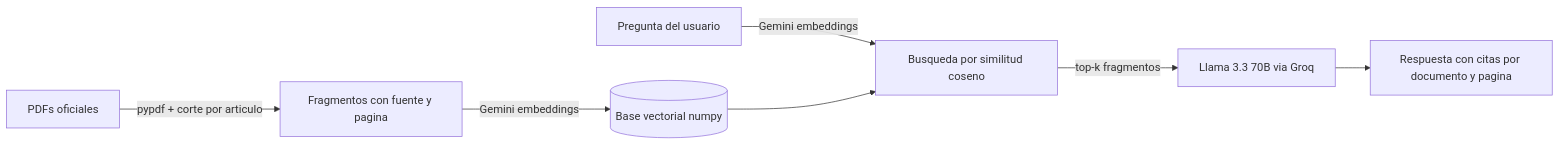
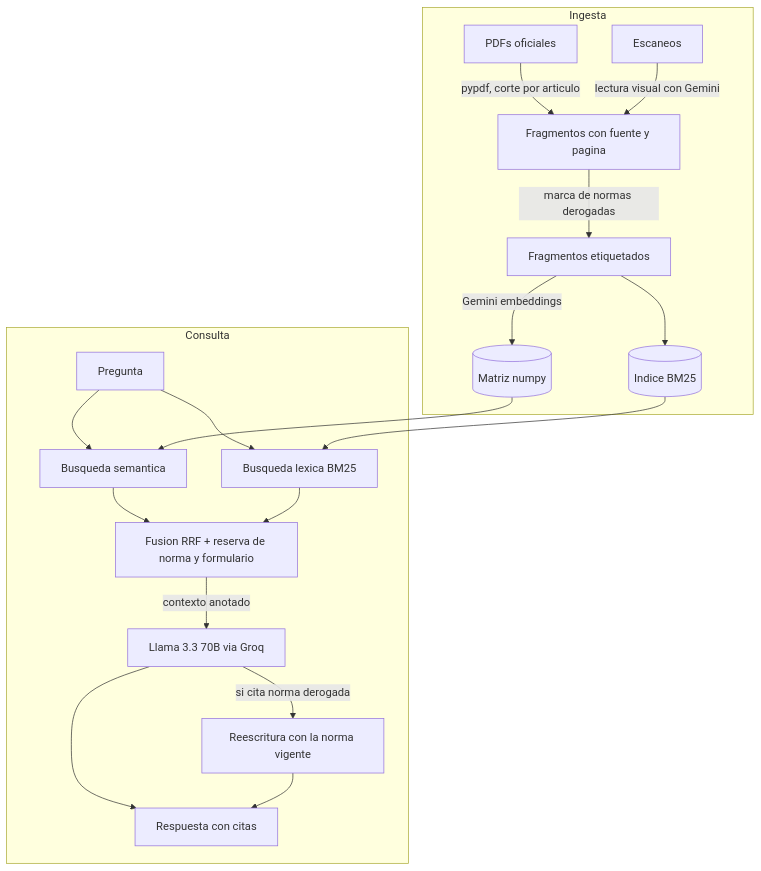
Before and after one commit to josesubiabre/oguc-rag: the diagram in README.md, drawn with Mermaid. The commit also changed other lines of this file and 4 other files, not shown here.

````diff
--- a/README.md
+++ b/README.md
@@ -23,9 +29,22 @@
 ```mermaid
-flowchart LR
-    A[PDFs oficiales] -->|pypdf + corte por articulo| B[Fragmentos con fuente y pagina]
-    B -->|Gemini embeddings| C[(Base vectorial numpy)]
-    Q[Pregunta del usuario] -->|Gemini embeddings| D[Busqueda por similitud coseno]
-    C --> D
-    D -->|top-k fragmentos| E[Llama 3.3 70B via Groq]
-    E --> R[Respuesta con citas por documento y pagina]
+flowchart TB
+    subgraph Ingesta
+        A[PDFs oficiales] -->|pypdf, corte por articulo| B[Fragmentos con fuente y pagina]
+        A2[Escaneos] -->|lectura visual con Gemini| B
+        B -->|marca de normas derogadas| B2[Fragmentos etiquetados]
+        B2 -->|Gemini embeddings| C[(Matriz numpy)]
+        B2 --> C2[(Indice BM25)]
+    end
+    subgraph Consulta
+        Q[Pregunta] --> D[Busqueda semantica]
+        Q --> E[Busqueda lexica BM25]
+        C --> D
+        C2 --> E
+        D --> F[Fusion RRF + reserva de norma y formulario]
+        E --> F
+        F -->|contexto anotado| G[Llama 3.3 70B via Groq]
+        G -->|si cita norma derogada| H[Reescritura con la norma vigente]
+        G --> R[Respuesta con citas]
+        H --> R
+    end
 ```
````
